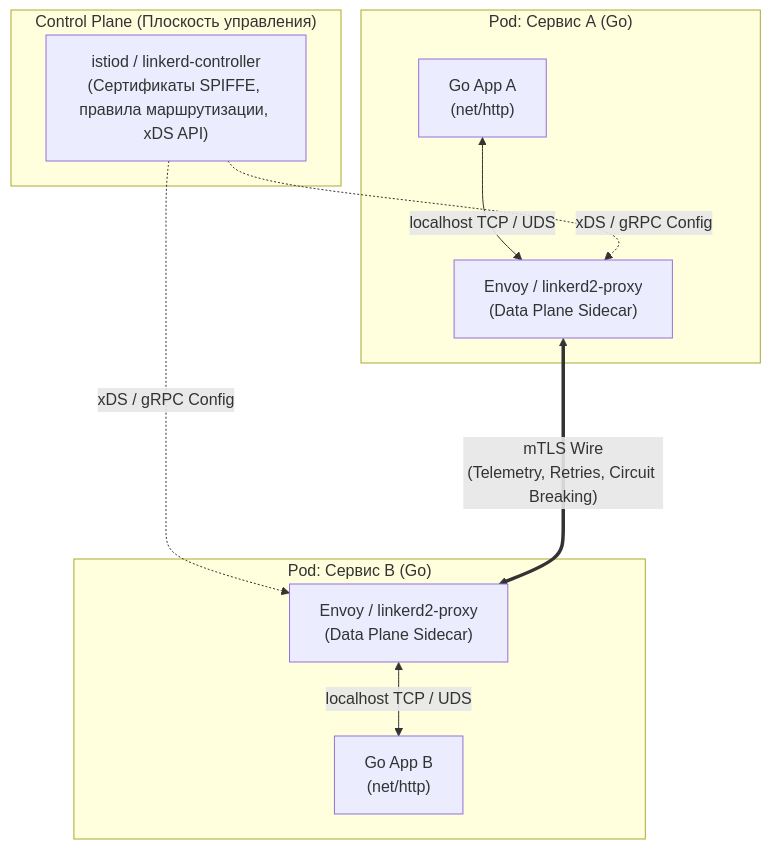
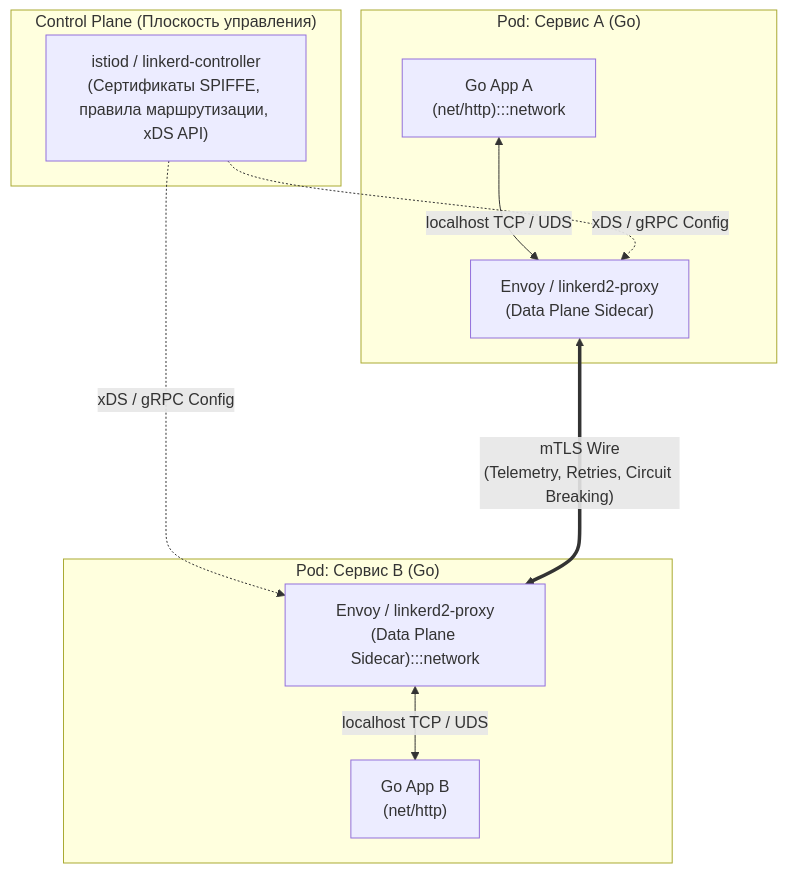
Before and after one commit to UnrealTemplier/go-textbook: the first of 2 diagrams in sources/3. Компьютерные сети и сетевой стек/42. Service Mesh. Istio, Linkerd, sidecar proxy.md, drawn with Mermaid. The commit also changed other lines of this file and 1666 other files, not shown here.

First line of the commit message:
feat(mermaid): add semantic color classDef to 1369 colorless flowchart/graph diagrams

````diff
--- a/sources/3. Компьютерные сети и сетевой стек/42. Service Mesh. Istio, Linkerd, sidecar proxy.md
+++ b/sources/3. Компьютерные сети и сетевой стек/42. Service Mesh. Istio, Linkerd, sidecar proxy.md
@@ -32,19 +32,29 @@
 ```mermaid
 flowchart TD
+    classDef process  fill:#1e293b,stroke:#38bdf8,stroke-width:1px,color:#f8fafc
+    classDef success  fill:#064e3b,stroke:#34d399,stroke-width:1px,color:#f8fafc
+    classDef error    fill:#7f1d1d,stroke:#f87171,stroke-width:1px,color:#f8fafc
+    classDef warning  fill:#78350f,stroke:#fbbf24,stroke-width:1px,color:#f8fafc
+    classDef entry    fill:#1e3a5f,stroke:#38bdf8,stroke-width:2px,color:#f8fafc
+    classDef aux      fill:#334155,stroke:#64748b,stroke-width:1px,color:#f8fafc
+    classDef system   fill:#312e81,stroke:#a78bfa,stroke-width:1px,color:#f8fafc
+    classDef data     fill:#132d29,stroke:#2dd4bf,stroke-width:1px,color:#f8fafc
+    classDef network  fill:#881337,stroke:#fb7185,stroke-width:1px,color:#f8fafc
+    classDef accent   fill:#1e1b4b,stroke:#818cf8,stroke-width:1px,color:#f8fafc
     subgraph ControlPlane["Control Plane (Плоскость управления)"]
         CP["istiod / linkerd-controller<br>(Сертификаты SPIFFE, правила маршрутизации, xDS API)"]
     end
 
     subgraph Pod1["Pod: Сервис А (Go)"]
-        GoA["Go App A<br>(net/http)"] <-->|"localhost TCP / UDS"| ProxyA["Envoy / linkerd2-proxy<br>(Data Plane Sidecar)"]
+        GoA["Go App A<br>(net/http):::network"] <-->|"localhost TCP / UDS"| ProxyA["Envoy / linkerd2-proxy<br>(Data Plane Sidecar)"]
     end
 
     subgraph Pod2["Pod: Сервис B (Go)"]
-        ProxyB["Envoy / linkerd2-proxy<br>(Data Plane Sidecar)"] <-->|"localhost TCP / UDS"| GoB["Go App B<br>(net/http)"]
+        ProxyB["Envoy / linkerd2-proxy<br>(Data Plane Sidecar):::network"] <-->|"localhost TCP / UDS"| GoB["Go App B<br>(net/http)"]
     end
 
     CP -.->|"xDS / gRPC Config"| ProxyA
     CP -.->|"xDS / gRPC Config"| ProxyB
 
     ProxyA <===>|"mTLS Wire<br>(Telemetry, Retries, Circuit Breaking)"| ProxyB
 ```
````
